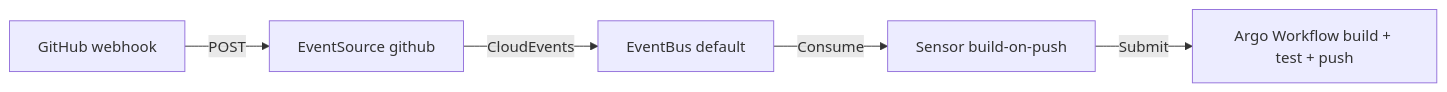
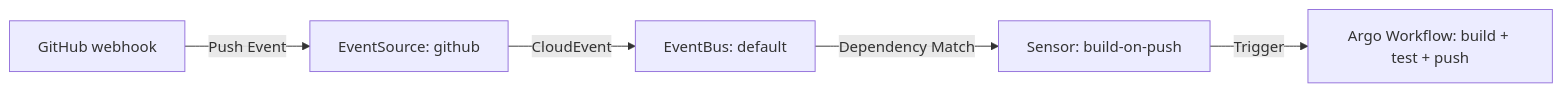
The fourth of 4 diagrams in src/content/docs/k8s/capa/module-1.2-argo-events.md (krisztiankoos/kubedojo), drawn with Mermaid before and after one commit. The commit also changed other lines of this file, not shown here.

Commit message:
chore(content): write-only draft [k8s/capa/module-1.2-argo-events]

````diff
--- a/src/content/docs/k8s/capa/module-1.2-argo-events.md
+++ b/src/content/docs/k8s/capa/module-1.2-argo-events.md
@@ -728,7 +680,7 @@
 ```mermaid
 flowchart LR
-    GH[GitHub webhook] -->|POST| ES[EventSource github]
-    ES -->|CloudEvents| EB[EventBus default]
-    EB -->|Consume| S[Sensor build-on-push]
-    S -->|Submit| AW[Argo Workflow build + test + push]
+    GH[GitHub webhook] -->|Push Event| ES[EventSource: github]
+    ES -->|CloudEvent| EB[EventBus: default]
+    EB -->|Dependency Match| SN[Sensor: build-on-push]
+    SN -->|Trigger| AW[Argo Workflow: build + test + push]
 ```
````
